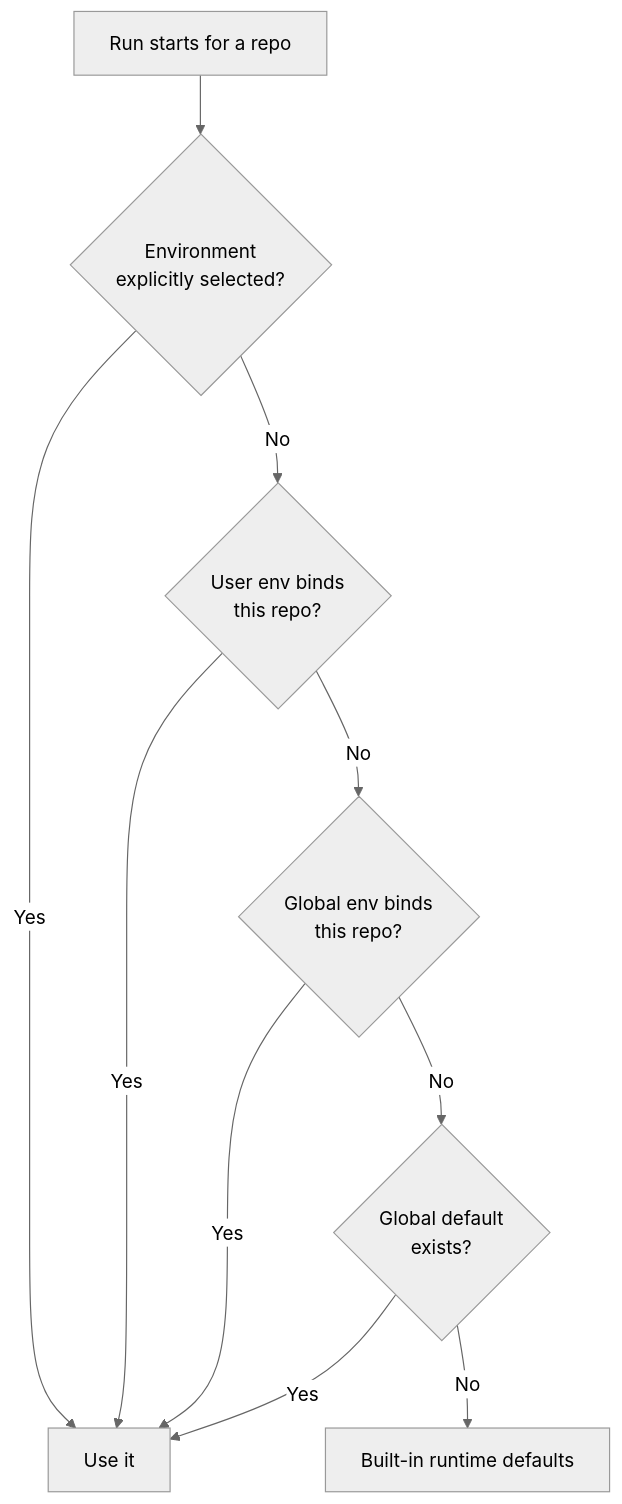
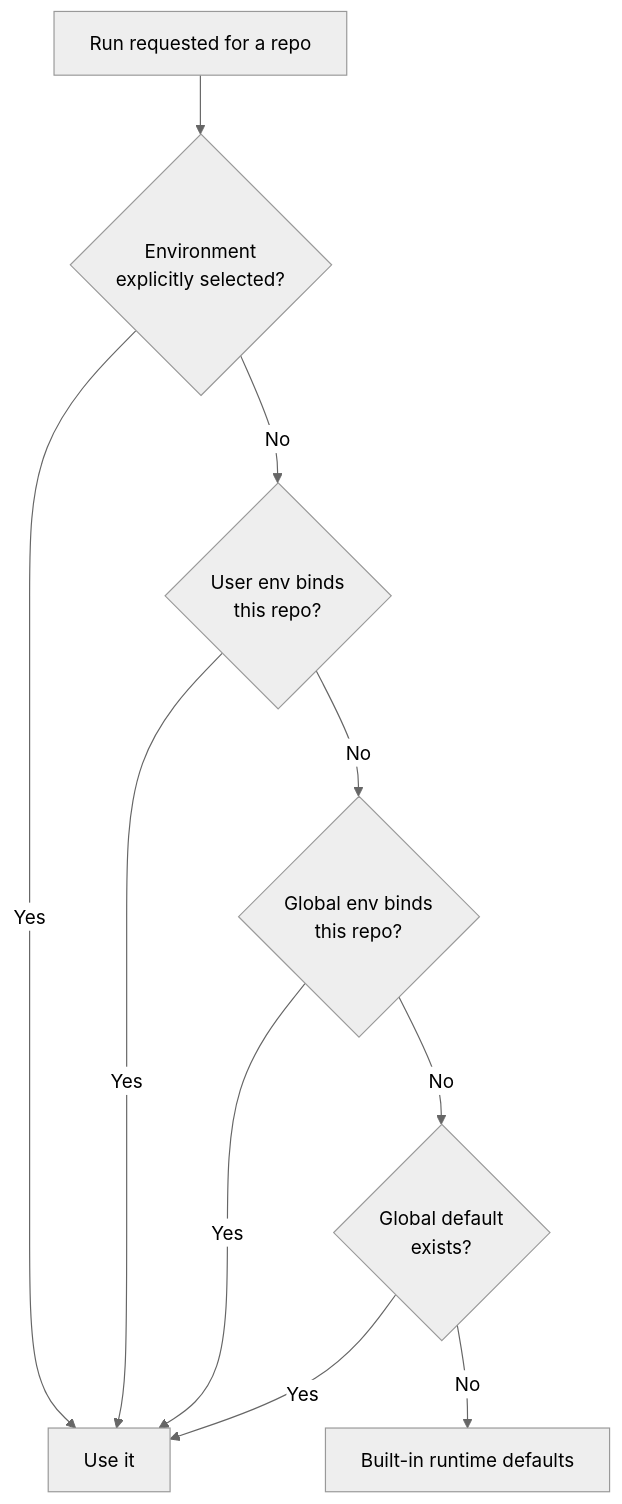
Before and after one commit to srtab/daiv: the diagram in docs/features/sandbox-environments.md, drawn with Mermaid (neutral theme). The commit also changed other lines of this file and 3 other files, not shown here.

Commit message:
docs(sandbox): say a fix run uses the environment its session started with

````diff
--- a/docs/features/sandbox-environments.md
+++ b/docs/features/sandbox-environments.md
@@ -119,12 +119,12 @@
 ```mermaid
 flowchart TD
-    A[Run starts for a repo] --> B{Environment<br/>explicitly selected?}
+    A[Run requested for a repo] --> B{Environment<br/>explicitly selected?}
     B -- Yes --> Z[Use it]
     B -- No --> C{User env binds<br/>this repo?}
     C -- Yes --> Z
     C -- No --> D{Global env binds<br/>this repo?}
     D -- Yes --> Z
     D -- No --> E{Global default<br/>exists?}
     E -- Yes --> Z
     E -- No --> F[Built-in runtime defaults]
 ```
````
